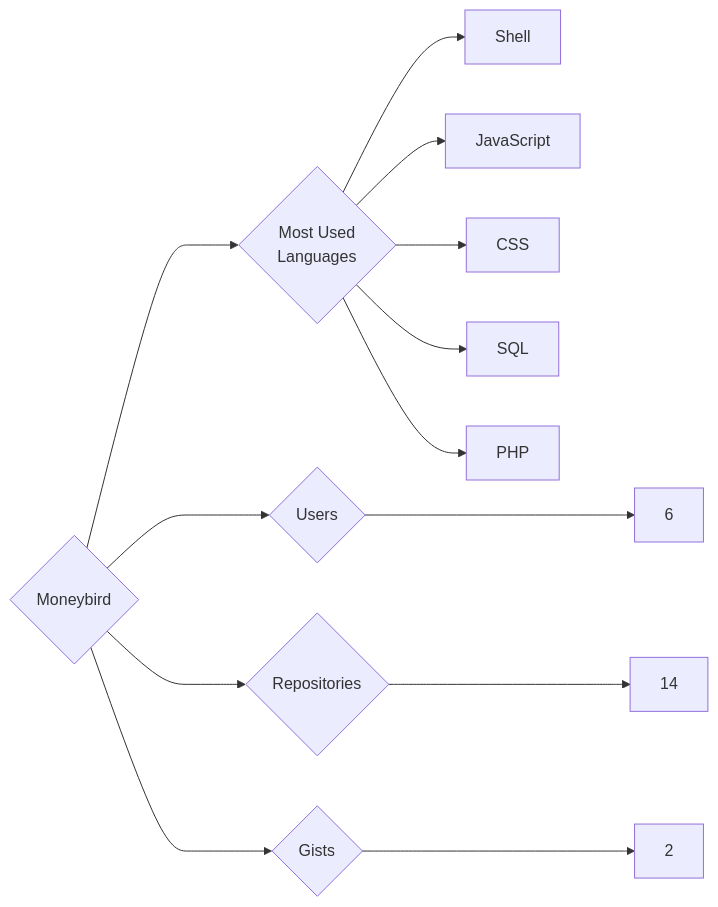
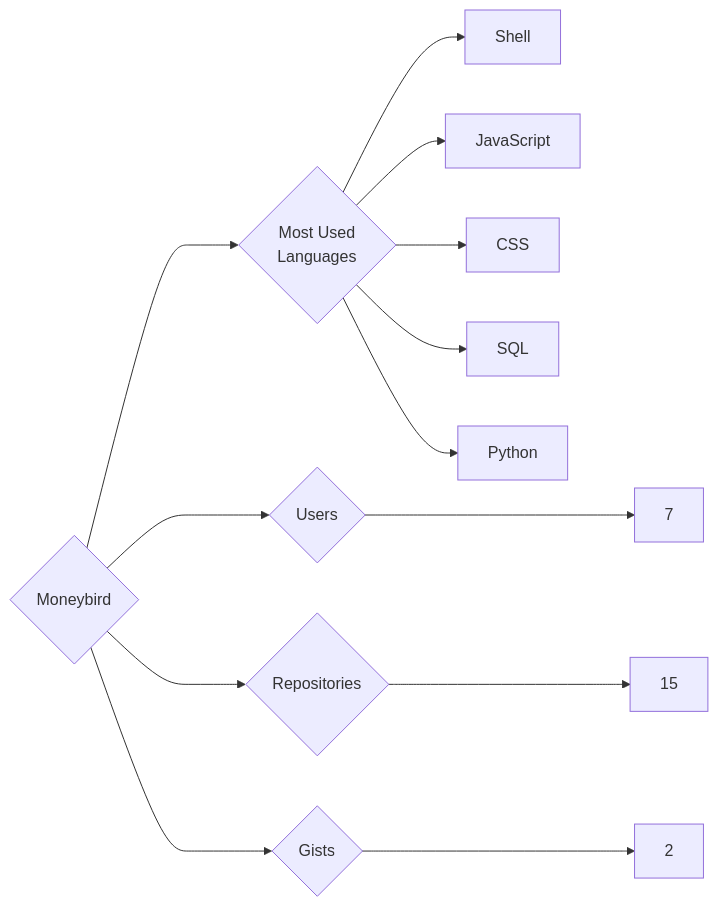
One commit to trickest/insiders changed the diagram in targets/Moneybird/README.md. Above: the diagram before and after it, drawn with Mermaid. The commit also changed 829 other files, not shown here.

````diff
--- a/targets/Moneybird/README.md
+++ b/targets/Moneybird/README.md
@@ -3,13 +3,13 @@
 ```mermaid
 graph LR
 COMPANY_NAME{Moneybird}
-COMPANY_NAME ---> U{Users} ---> UN[6]
-COMPANY_NAME ---> R{Repositories} ---> RN[14]
+COMPANY_NAME ---> U{Users} ---> UN[7]
+COMPANY_NAME ---> R{Repositories} ---> RN[15]
 COMPANY_NAME ---> G{Gists} ---> GN[2]
 COMPANY_NAME ---> ML{Most Used<br>Languages}
 ML --> Shell[Shell]
 ML --> JavaScript[JavaScript]
 ML --> CSS[CSS]
 ML --> SQL[SQL]
-ML --> PHP[PHP]
+ML --> Python[Python]
 ```
````
